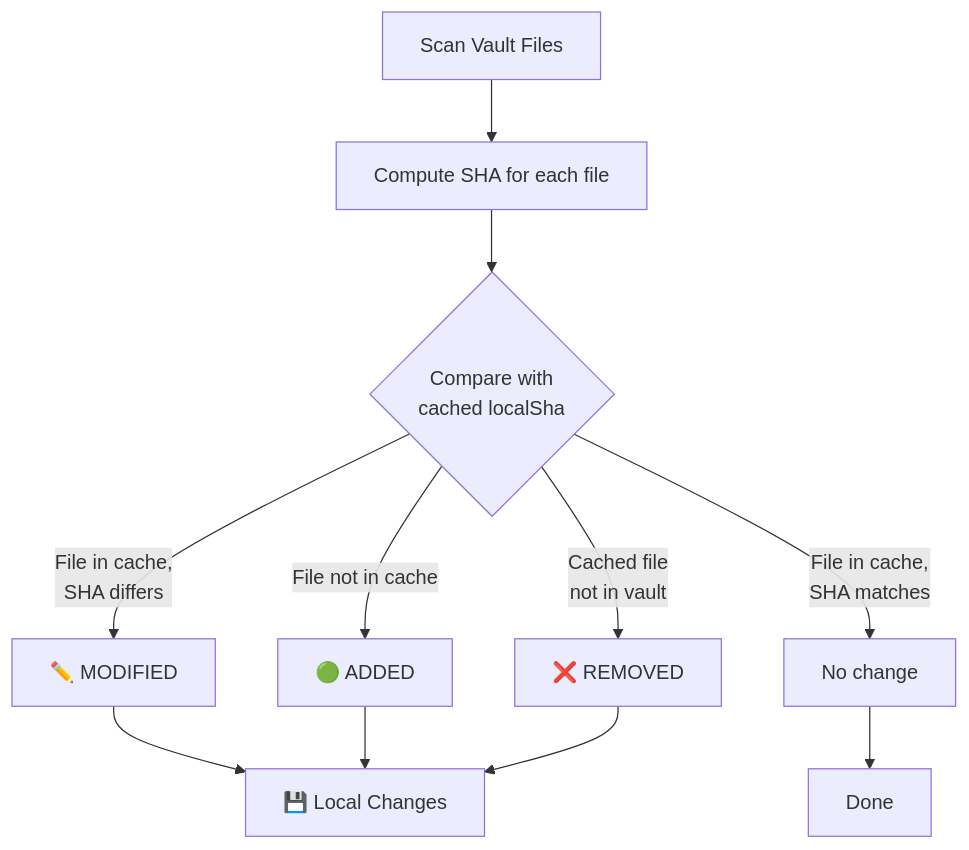
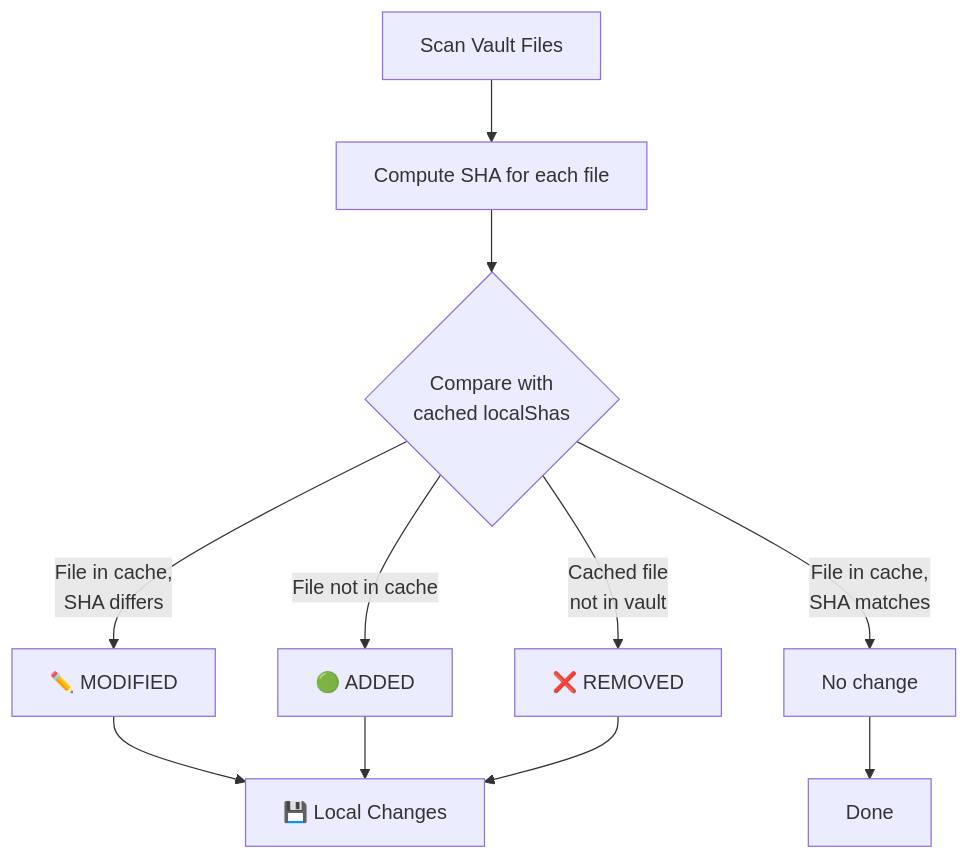
One commit to joshuakto/fit changed the second of 6 diagrams in docs/sync-logic.md. Above: the diagram before and after it, drawn with Mermaid. The commit also changed other lines of this file and 11 other files, not shown here.

Commit message:
fix local SHA calculations to use canonical SHAs (#278)

````diff
--- a/docs/sync-logic.md
+++ b/docs/sync-logic.md
@@ -123,15 +123,15 @@
 ```mermaid
 flowchart TD
     Start[Scan Vault Files] --> ComputeSHA[Compute SHA for each file]
-    ComputeSHA --> Compare{Compare with<br/>cached localSha}
+    ComputeSHA --> Compare{Compare with<br/>cached localShas}
 
     Compare -->|File in cache,<br/>SHA differs| Modified[✏️ MODIFIED]
     Compare -->|File not in cache| Added[🟢 ADDED]
     Compare -->|Cached file<br/>not in vault| Removed[❌ REMOVED]
     Compare -->|File in cache,<br/>SHA matches| NoChange[No change]
 
     Modified --> Result[💾 Local Changes]
     Added --> Result
     Removed --> Result
     NoChange --> End[Done]
 ```
````
